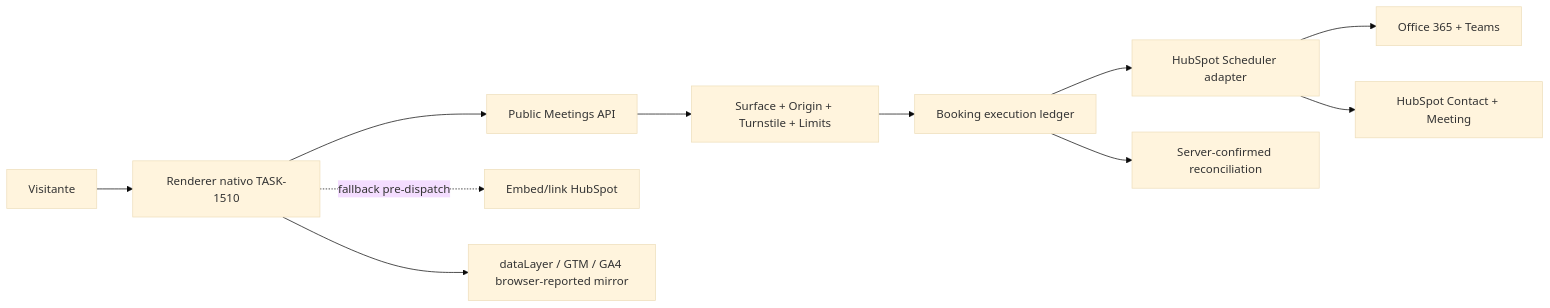
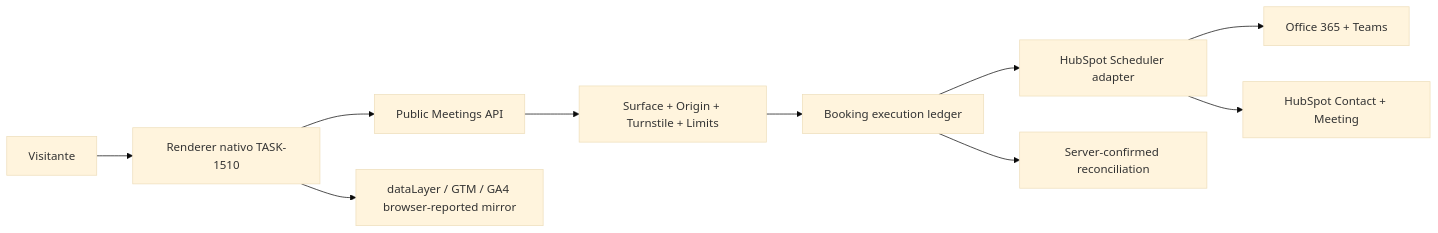
The first of 3 diagrams in docs/architecture/GREENHOUSE_GROWTH_MEETINGS_SCHEDULER_ARCHITECTURE_V1.md (efeoncepro/greenhouse-eo), drawn with Mermaid (base theme) before and after one commit. The commit also changed other lines of this file and 25 other files, not shown here.

````diff
--- a/docs/architecture/GREENHOUSE_GROWTH_MEETINGS_SCHEDULER_ARCHITECTURE_V1.md
+++ b/docs/architecture/GREENHOUSE_GROWTH_MEETINGS_SCHEDULER_ARCHITECTURE_V1.md
@@ -30,13 +30,12 @@
 ```mermaid
 flowchart LR
   V["Visitante"] --> R["Renderer nativo TASK-1510"]
   R --> A["Public Meetings API"]
   A --> P["Surface + Origin + Turnstile + Limits"]
   P --> L["Booking execution ledger"]
   L --> H["HubSpot Scheduler adapter"]
   H --> O["Office 365 + Teams"]
   H --> C["HubSpot Contact + Meeting"]
-  R -. "fallback pre-dispatch" .-> E["Embed/link HubSpot"]
   L --> M["Server-confirmed reconciliation"]
   R --> G["dataLayer / GTM / GA4 browser-reported mirror"]
 ```
````
